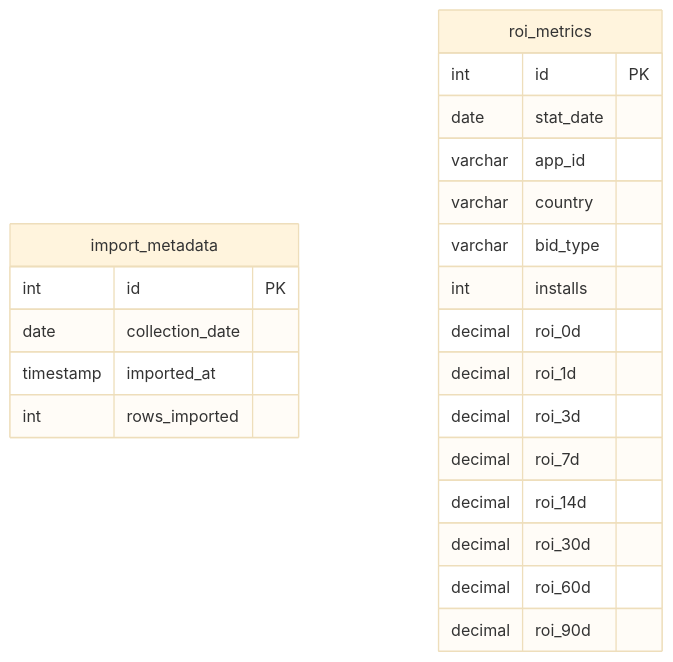
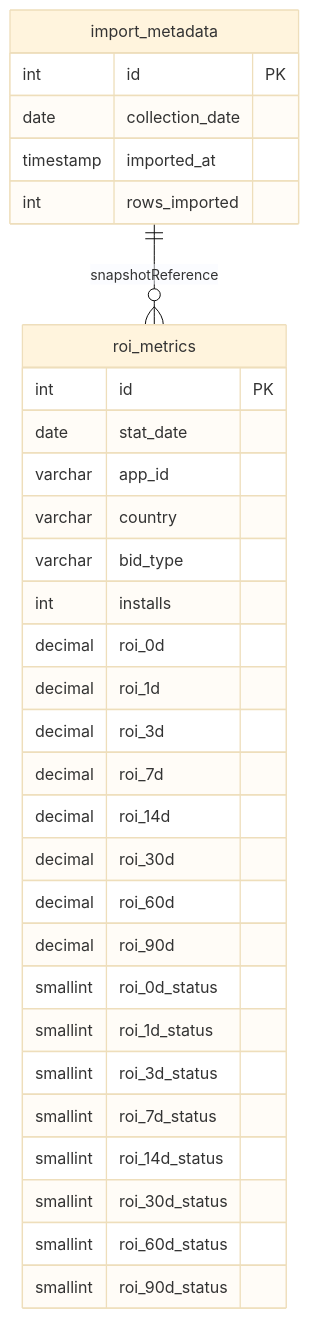
One commit to LiguoWang2025/app-roi changed the second of 4 diagrams in docs/DESIGN.md. Above: the diagram before and after it, drawn with Mermaid (base theme). The commit also changed other lines of this file and 7 other files, not shown here.

````diff
--- a/docs/DESIGN.md
+++ b/docs/DESIGN.md
@@ -81,26 +124,36 @@
 ```mermaid
 erDiagram
     import_metadata {
       int id PK
       date collection_date
       timestamp imported_at
       int rows_imported
     }
 
     roi_metrics {
       int id PK
       date stat_date
       varchar app_id
       varchar country
       varchar bid_type
       int installs
       decimal roi_0d
       decimal roi_1d
       decimal roi_3d
       decimal roi_7d
       decimal roi_14d
       decimal roi_30d
       decimal roi_60d
       decimal roi_90d
+      smallint roi_0d_status
+      smallint roi_1d_status
+      smallint roi_3d_status
+      smallint roi_7d_status
+      smallint roi_14d_status
+      smallint roi_30d_status
+      smallint roi_60d_status
+      smallint roi_90d_status
     }
+
+    import_metadata ||--o{ roi_metrics : snapshotReference
 ```
````
